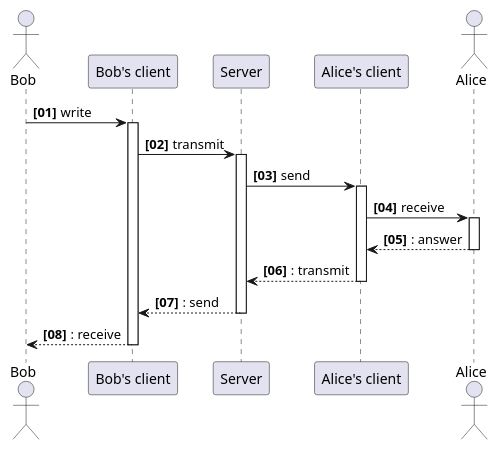
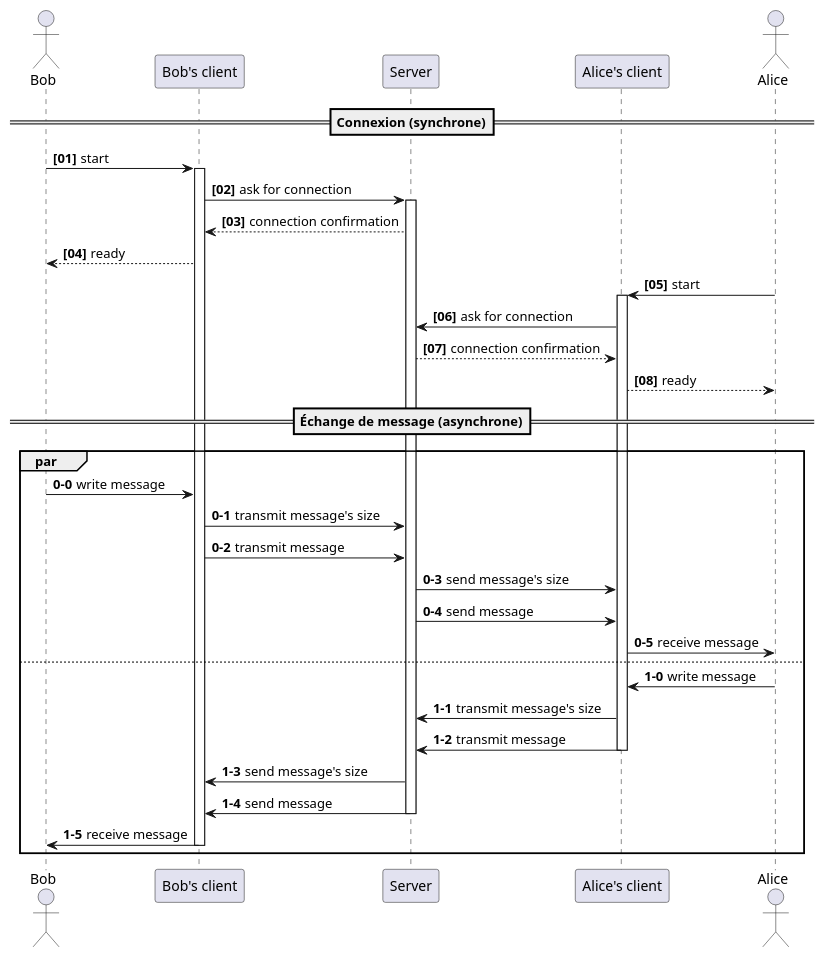
Before and after one commit to iusildra/PolyMessages: the diagram in reports/sprint1/sequence.plantuml, drawn with PlantUML. The commit also changed 7 other files, not shown here.

```diff
--- a/reports/sprint1/sequence.plantuml
+++ b/reports/sprint1/sequence.plantuml
@@ -1,21 +1,40 @@
 @startuml protocole
 
 skinparam responseMessageBelowArrow true
 
 actor Bob 
 participant "Bob's client" as Client1
 participant Server 
 participant "Alice's client" as Client2
 actor Alice
+==Connexion (synchrone)==
+autonumber "<b>[00]"
+Bob -> Client1++: start
+Client1 -> Server++: ask for connection
+Server --> Client1: connection confirmation
+Client1 --> Bob: ready
+Alice -> Client2++: start
+Client2 -> Server: ask for connection
+Server --> Client2: connection confirmation
+Client2 --> Alice: ready
 
-autonumber "<b>[00]"
-Bob -> Client1++ : write
-Client1 -> Server++: transmit
-Server -> Client2++: send
-Client2 -> Alice++: receive
-return: answer
-return: transmit
-return: send
-return: receive
+==Échange de message (asynchrone)==
 
+par
+autonumber 0-0
+Bob -> Client1 : write message
+Client1 -> Server: transmit message's size
+Client1 -> Server: transmit message
+Server -> Client2: send message's size
+Server -> Client2: send message
+Client2 -> Alice: receive message
+else
+autonumber 1-0
+Alice -> Client2--: write message
+Client2 -> Server: transmit message's size
+Client2 -> Server--: transmit message
+Server -> Client1: send message's size
+Server -> Client1--: send message
+Client1 -> Bob--: receive message
+end
 @enduml
```
